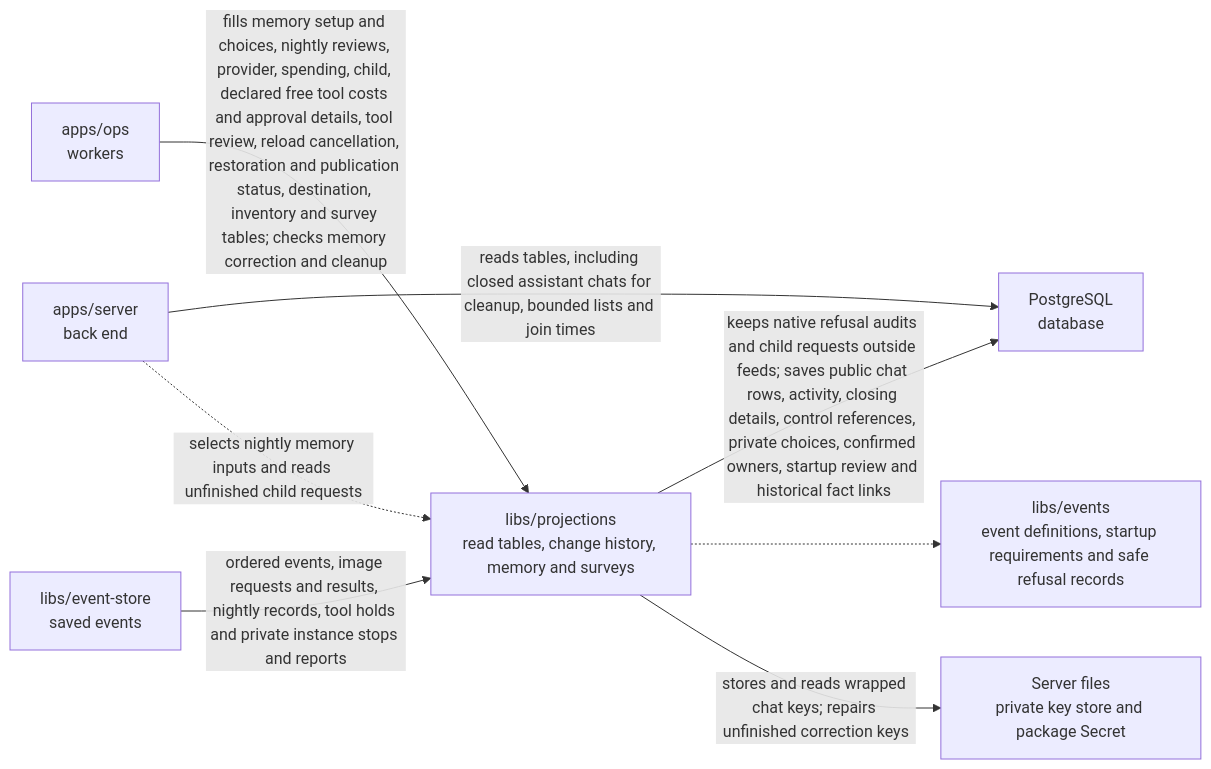
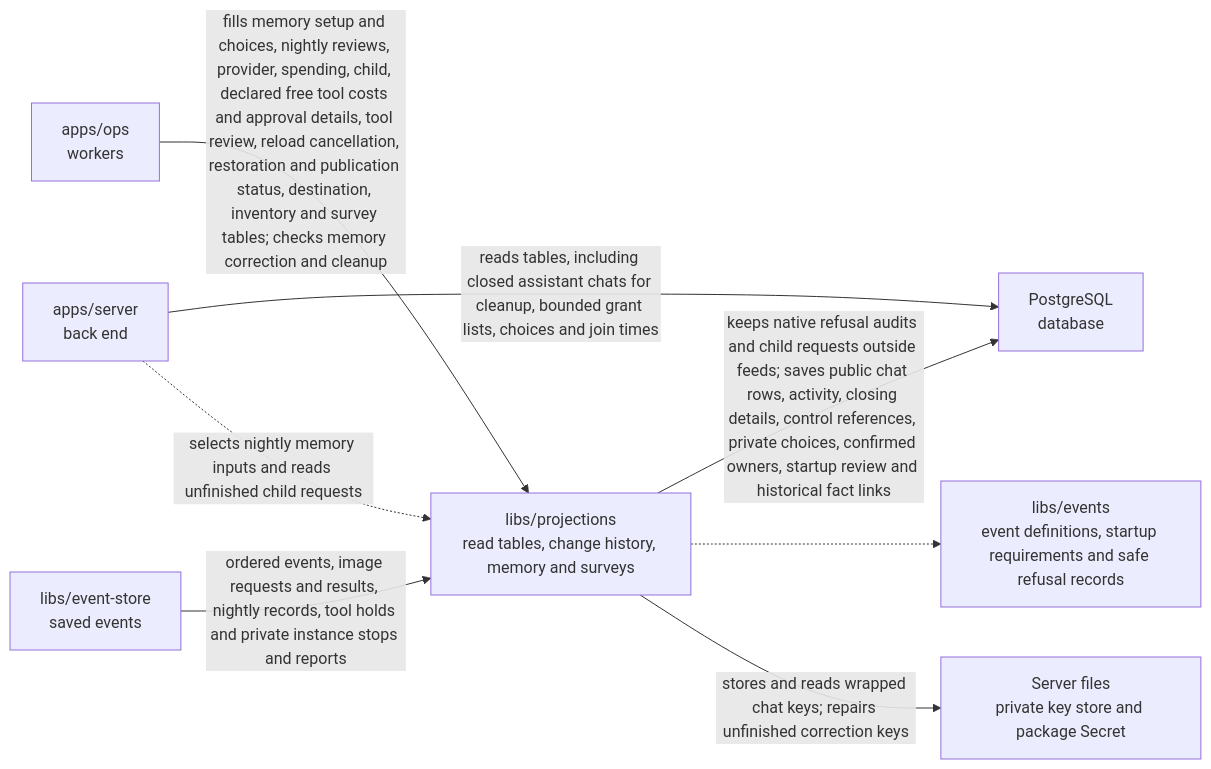
Before and after one commit to elewa-git/opencrane-new: the diagram in libs/projections/README.md, drawn with Mermaid. The commit also changed other lines of this file and 9 other files, not shown here.

Commit message:
🔎 Add bounded reads for remote tool grants and access choices

````diff
--- a/libs/projections/README.md
+++ b/libs/projections/README.md
@@ -23,10 +23,10 @@
 ```mermaid
 flowchart LR
   ops["apps/ops<br/>workers"] -->|fills memory setup and choices, nightly reviews, provider, spending, child, declared free tool costs and approval details, tool review, reload cancellation, restoration and publication status, destination, inventory and survey tables; checks memory correction and cleanup| projections["libs/projections<br/>read tables, change history, memory and surveys"]
-  server["apps/server<br/>back end"] -->|reads tables, including closed assistant chats for cleanup, bounded lists and join times| pg["PostgreSQL<br/>database"]
+  server["apps/server<br/>back end"] -->|reads tables, including closed assistant chats for cleanup, bounded grant lists, choices and join times| pg["PostgreSQL<br/>database"]
   projections -->|keeps native refusal audits and child requests outside feeds; saves public chat rows, activity, closing details, control references, private choices, confirmed owners, startup review and historical fact links| pg
   store["libs/event-store<br/>saved events"] -->|ordered events, image requests and results, nightly records, tool holds and private instance stops and reports| projections
   server -.->|selects nightly memory inputs and reads unfinished child requests| projections
   projections -.-> events["libs/events<br/>event definitions, startup requirements and safe refusal records"]
   projections -->|stores and reads wrapped chat keys; repairs unfinished correction keys| keys["Server files<br/>private key store and package Secret"]
 ```
````
